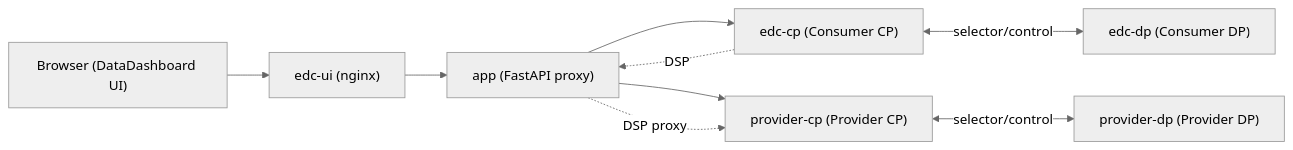
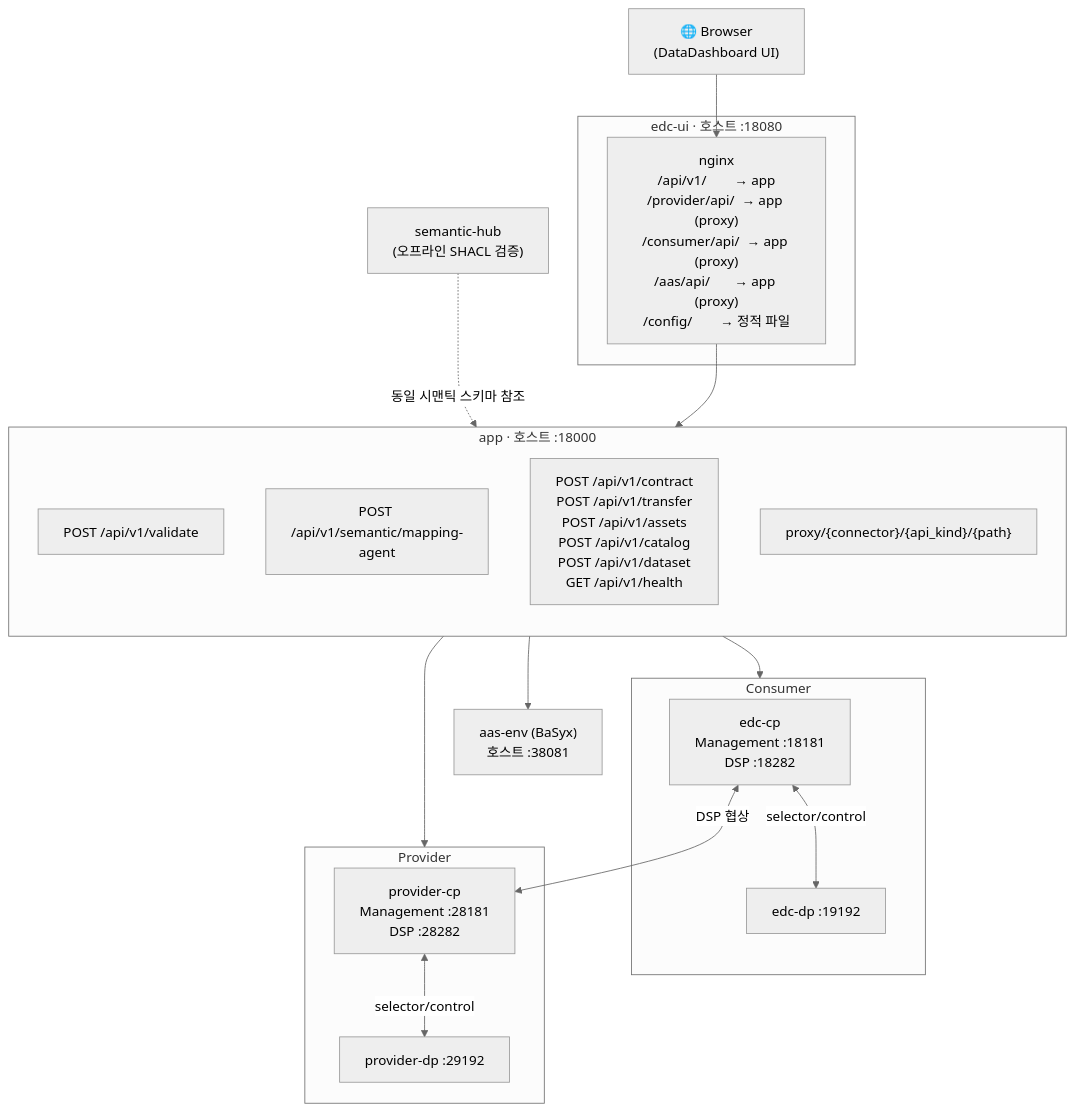
Before and after one commit to sumin-ma-1/m-x-dataspace: the second of 3 diagrams in README.md, drawn with Mermaid (neutral theme). The commit also changed other lines of this file and 8 other files, not shown here.

````diff
--- a/README.md
+++ b/README.md
@@ -112,18 +53,39 @@
 ```mermaid
-flowchart LR
-    Browser["Browser (DataDashboard UI)"]
-    Nginx["edc-ui (nginx)"]
-    API["app (FastAPI proxy)"]
-    CCP["edc-cp (Consumer CP)"]
-    PCP["provider-cp (Provider CP)"]
-    CDP["edc-dp (Consumer DP)"]
-    PDP["provider-dp (Provider DP)"]
+flowchart TB
+    Browser["🌐 Browser\n(DataDashboard UI)"]
 
-    Browser --> Nginx --> API
-    API --> CCP
-    API --> PCP
-    CCP -. DSP .-> API
-    API -. DSP proxy .-> PCP
-    CCP <-->|selector/control| CDP
-    PCP <-->|selector/control| PDP
+    subgraph UI["edc-ui  ·  호스트 :18080"]
+        Nginx["nginx\n/api/v1/        → app\n/provider/api/  → app (proxy)\n/consumer/api/  → app (proxy)\n/aas/api/       → app (proxy)\n/config/        → 정적 파일"]
+    end
+
+    subgraph Backend["app  ·  호스트 :18000"]
+        direction TB
+        Validate["POST /api/v1/validate"]
+        MappingAgent["POST /api/v1/semantic/mapping-agent"]
+        FlowAPI["POST /api/v1/contract\nPOST /api/v1/transfer\nPOST /api/v1/assets\nPOST /api/v1/catalog\nPOST /api/v1/dataset\nGET  /api/v1/health"]
+        ProxyFn["proxy/{connector}/{api_kind}/{path}"]
+    end
+
+    subgraph Consumer["Consumer"]
+        CCP["edc-cp\nManagement :18181\nDSP :18282"]
+        CDP["edc-dp :19192"]
+    end
+
+    subgraph Provider["Provider"]
+        PCP["provider-cp\nManagement :28181\nDSP :28282"]
+        PDP["provider-dp :29192"]
+    end
+
+    AAS["aas-env (BaSyx)\n호스트 :38081"]
+    SemanticHub["semantic-hub\n(오프라인 SHACL 검증)"]
+
+    Browser --> Nginx
+    Nginx --> Backend
+    Backend --> Consumer
+    Backend --> Provider
+    Backend --> AAS
+    CCP <-->|"DSP 협상"| PCP
+    CCP <-->|"selector/control"| CDP
+    PCP <-->|"selector/control"| PDP
+    SemanticHub -.->|"동일 시맨틱 스키마 참조"| MappingAgent
 ```
````
